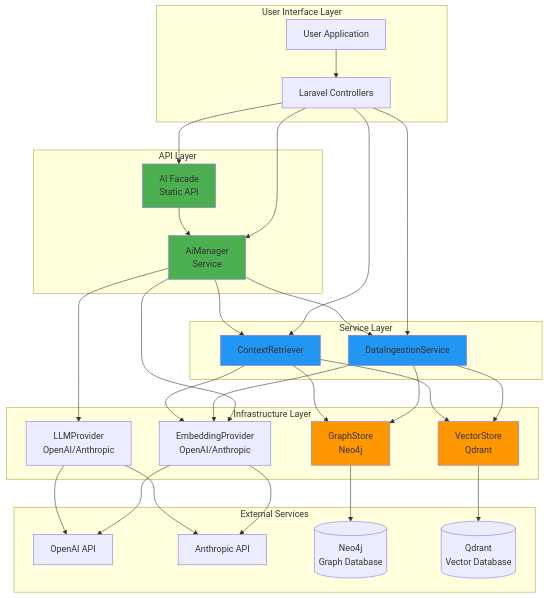
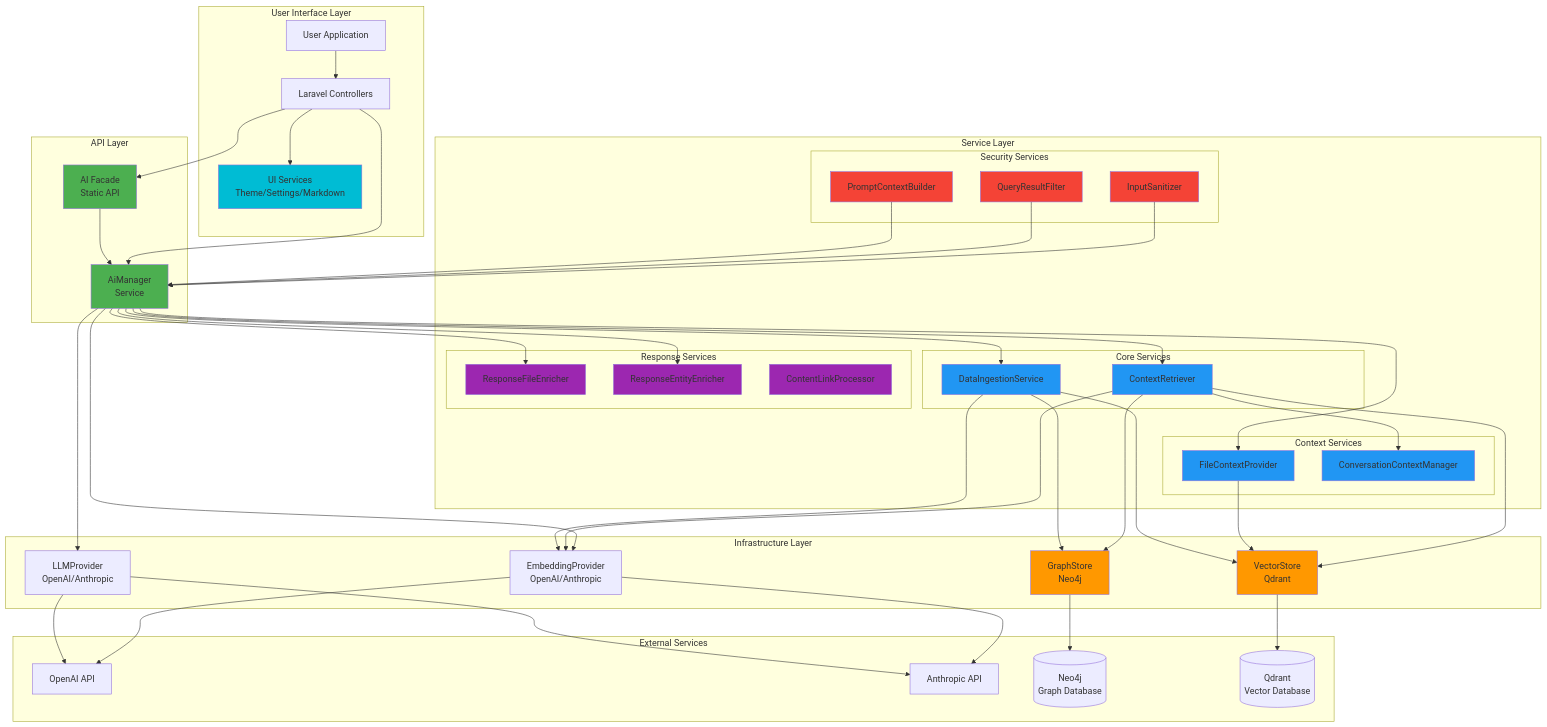
The first of 3 diagrams in resources/docs/1.0/internals/architecture.md (condoedge/AI), drawn with Mermaid before and after one commit. The commit also changed other lines of this file and 71 other files, not shown here.

````diff
--- a/resources/docs/1.0/internals/architecture.md
+++ b/resources/docs/1.0/internals/architecture.md
@@ -11,6 +11,7 @@
     subgraph "User Interface Layer"
         User[User Application]
         Controller[Laravel Controllers]
+        UI[UI Services<br/>Theme/Settings/Markdown]
     end
 
     subgraph "API Layer"
@@ -19,8 +20,24 @@
     end
 
     subgraph "Service Layer"
-        DIS[DataIngestionService]
-        CR[ContextRetriever]
+        subgraph "Core Services"
+            DIS[DataIngestionService]
+            CR[ContextRetriever]
+        end
+        subgraph "Context Services"
+            FCP[FileContextProvider]
+            CCM[ConversationContextManager]
+        end
+        subgraph "Response Services"
+            RFE[ResponseFileEnricher]
+            REE[ResponseEntityEnricher]
+            CLP[ContentLinkProcessor]
+        end
+        subgraph "Security Services"
+            IS[InputSanitizer]
+            QRF[QueryResultFilter]
+            PCB[PromptContextBuilder]
+        end
     end
 
     subgraph "Infrastructure Layer"
@@ -40,22 +57,31 @@
     User --> Controller
     Controller --> Facade
     Controller --> Manager
-    Controller --> DIS
-    Controller --> CR
+    Controller --> UI
 
     Facade --> Manager
     Manager --> DIS
     Manager --> CR
+    Manager --> FCP
+    Manager --> RFE
+    Manager --> REE
     Manager --> EP
     Manager --> LP
+
+    CR --> CCM
+    CR --> EP
+    CR --> VS
+    CR --> GS
+
+    FCP --> VS
 
     DIS --> EP
     DIS --> VS
     DIS --> GS
 
-    CR --> EP
-    CR --> VS
-    CR --> GS
+    IS --> Manager
+    QRF --> Manager
+    PCB --> Manager
 
     EP --> OpenAI
     EP --> Anthropic
@@ -68,6 +94,15 @@
     style Manager fill:#4CAF50
     style DIS fill:#2196F3
     style CR fill:#2196F3
+    style FCP fill:#2196F3
+    style CCM fill:#2196F3
+    style RFE fill:#9C27B0
+    style REE fill:#9C27B0
+    style CLP fill:#9C27B0
+    style IS fill:#F44336
+    style QRF fill:#F44336
+    style PCB fill:#F44336
     style VS fill:#FF9800
     style GS fill:#FF9800
+    style UI fill:#00BCD4
 ```
````
